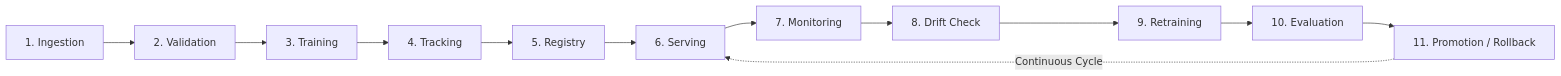
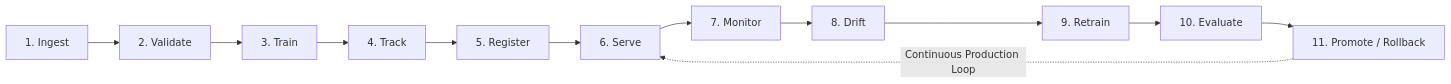
One commit to Chirag240105/MlOps360 changed the second of 3 diagrams in README.md. Above: the diagram before and after it, drawn with Mermaid. The commit also changed other lines of this file, not shown here.

````diff
--- a/README.md
+++ b/README.md
@@ -249,14 +236,14 @@
 ```mermaid
 flowchart LR
-    S1["1. Ingestion"] --> S2["2. Validation"]
-    S2 --> S3["3. Training"]
-    S3 --> S4["4. Tracking"]
-    S4 --> S5["5. Registry"]
-    S5 --> S6["6. Serving"]
-    S6 --> S7["7. Monitoring"]
-    S7 --> S8["8. Drift Check"]
-    S8 --> S9["9. Retraining"]
-    S9 --> S10["10. Evaluation"]
-    S10 --> S11["11. Promotion / Rollback"]
-    S11 -.->|Continuous Cycle| S6
+    S1["1. Ingest"] --> S2["2. Validate"]
+    S2 --> S3["3. Train"]
+    S3 --> S4["4. Track"]
+    S4 --> S5["5. Register"]
+    S5 --> S6["6. Serve"]
+    S6 --> S7["7. Monitor"]
+    S7 --> S8["8. Drift"]
+    S8 --> S9["9. Retrain"]
+    S9 --> S10["10. Evaluate"]
+    S10 --> S11["11. Promote / Rollback"]
+    S11 -.->|Continuous Production Loop| S6
 ```
````
